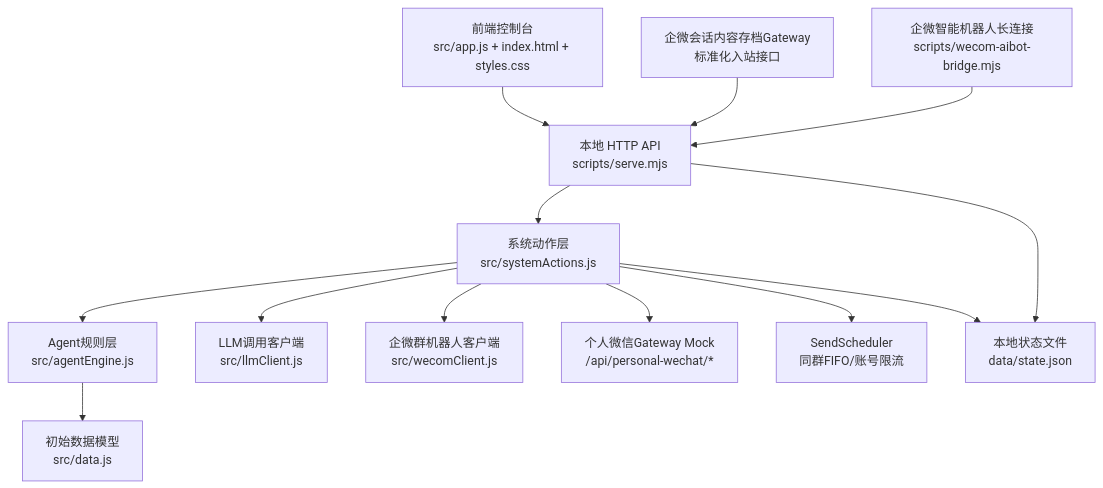
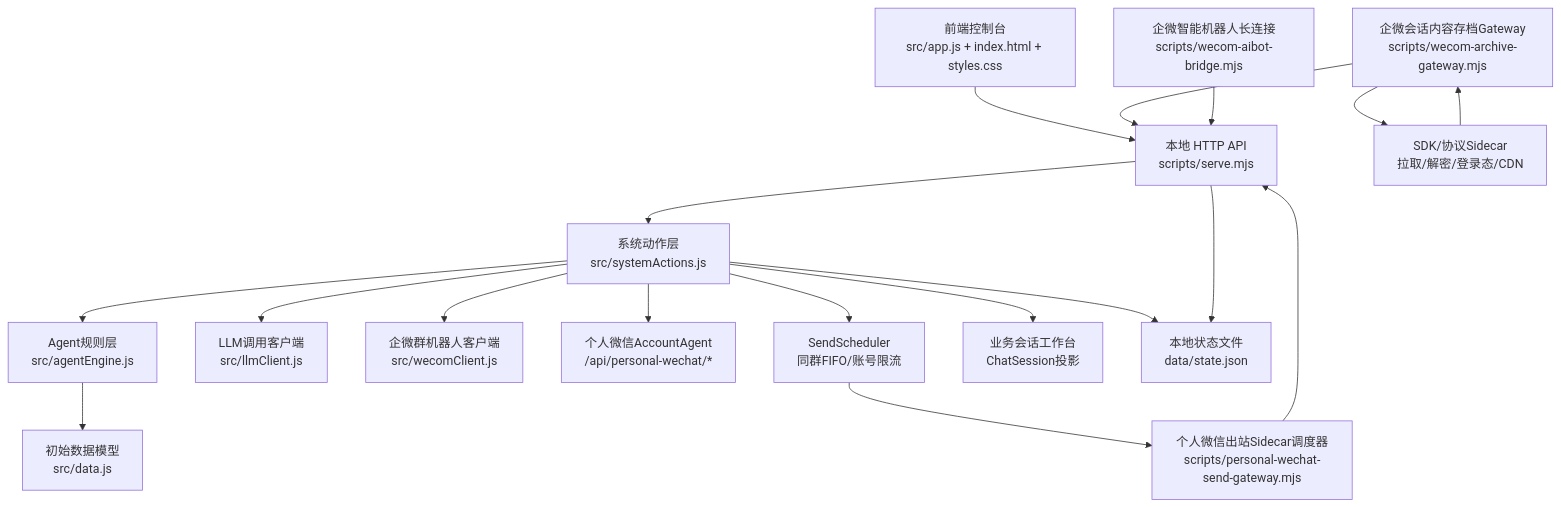
One commit to JUJUJUN313/customer-ops-agent-console changed the first of 3 diagrams in docs/ARCHITECTURE.md. Above: the diagram before and after it, drawn with Mermaid. The commit also changed other lines of this file and 19 other files, not shown here.

````diff
--- a/docs/ARCHITECTURE.md
+++ b/docs/ARCHITECTURE.md
@@ -5,28 +5,36 @@
 ```mermaid
 flowchart TB
   UI["前端控制台<br/>src/app.js + index.html + styles.css"]
   API["本地 HTTP API<br/>scripts/serve.mjs"]
   Actions["系统动作层<br/>src/systemActions.js"]
   Agents["Agent规则层<br/>src/agentEngine.js"]
   LLM["LLM调用客户端<br/>src/llmClient.js"]
   WeComClient["企微群机器人客户端<br/>src/wecomClient.js"]
-  WeComArchive["企微会话内容存档Gateway<br/>标准化入站接口"]
+  WeComArchive["企微会话内容存档Gateway<br/>scripts/wecom-archive-gateway.mjs"]
+  Sidecar["SDK/协议Sidecar<br/>拉取/解密/登录态/CDN"]
   WeComBridge["企微智能机器人长连接<br/>scripts/wecom-aibot-bridge.mjs"]
-  PersonalWechat["个人微信Gateway Mock<br/>/api/personal-wechat/*"]
+  PersonalWechat["个人微信AccountAgent<br/>/api/personal-wechat/*"]
+  PersonalGateway["个人微信出站Sidecar调度器<br/>scripts/personal-wechat-send-gateway.mjs"]
   Scheduler["SendScheduler<br/>同群FIFO/账号限流"]
+  Chat["业务会话工作台<br/>ChatSession投影"]
   Data["初始数据模型<br/>src/data.js"]
   Store["本地状态文件<br/>data/state.json"]
 
   UI --> API
   API --> Actions
   Actions --> Agents
   Actions --> LLM
   Actions --> WeComClient
+  WeComArchive --> Sidecar
+  Sidecar --> WeComArchive
   WeComArchive --> API
+  Actions --> Chat
   Actions --> PersonalWechat
   Actions --> Scheduler
+  Scheduler --> PersonalGateway
+  PersonalGateway --> API
   Actions --> Store
   WeComBridge --> API
   Agents --> Data
   API --> Store
 ```
````
